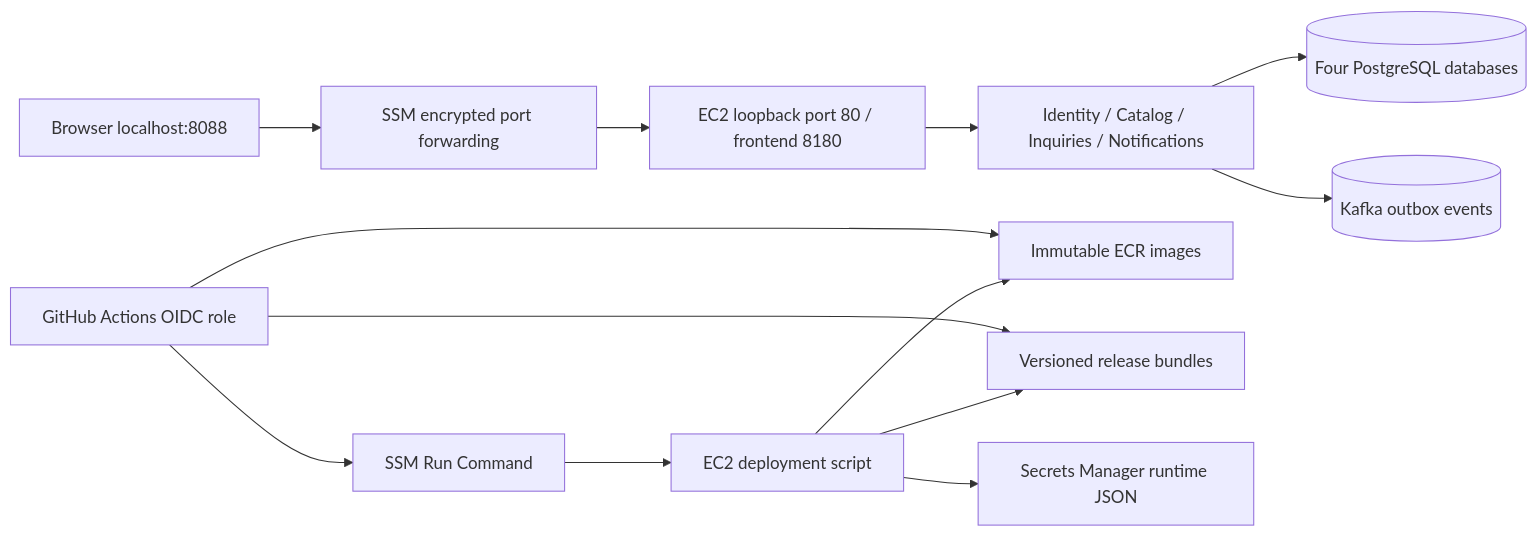
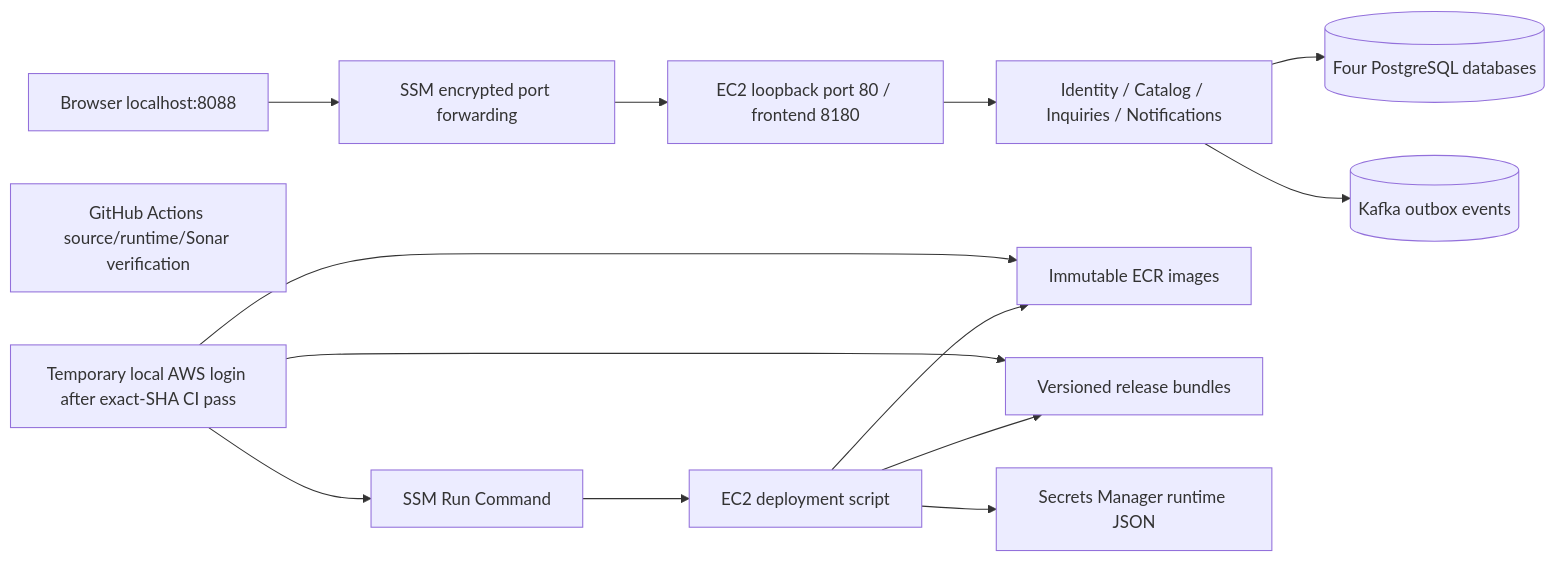
Before and after one commit to robertovalencia/linked-in-node-and-aws: the diagram in docs/aws-dev.md, drawn with Mermaid. The commit also changed other lines of this file and 35 other files, not shown here.

Commit message:
R10 R11: prepare Free-plan AWS release with verified quality gates

````diff
--- a/docs/aws-dev.md
+++ b/docs/aws-dev.md
@@ -9,15 +9,16 @@
 ```mermaid
 flowchart LR
   Browser[Browser localhost:8088] --> Tunnel[SSM encrypted port forwarding]
   Tunnel --> Nginx[EC2 loopback port 80 / frontend 8180]
   Nginx --> APIs[Identity / Catalog / Inquiries / Notifications]
   APIs --> PG[(Four PostgreSQL databases)]
   APIs --> Kafka[(Kafka outbox events)]
-  GitHub[GitHub Actions OIDC role] --> ECR[Immutable ECR images]
-  GitHub --> S3[Versioned release bundles]
-  GitHub --> SSM[SSM Run Command]
+  GitHub[GitHub Actions source/runtime/Sonar verification]
+  Operator[Temporary local AWS login after exact-SHA CI pass] --> ECR[Immutable ECR images]
+  Operator --> S3[Versioned release bundles]
+  Operator --> SSM[SSM Run Command]
   SSM --> Host[EC2 deployment script]
   Host --> ECR
   Host --> S3
   Host --> Secrets[Secrets Manager runtime JSON]
 ```
````
